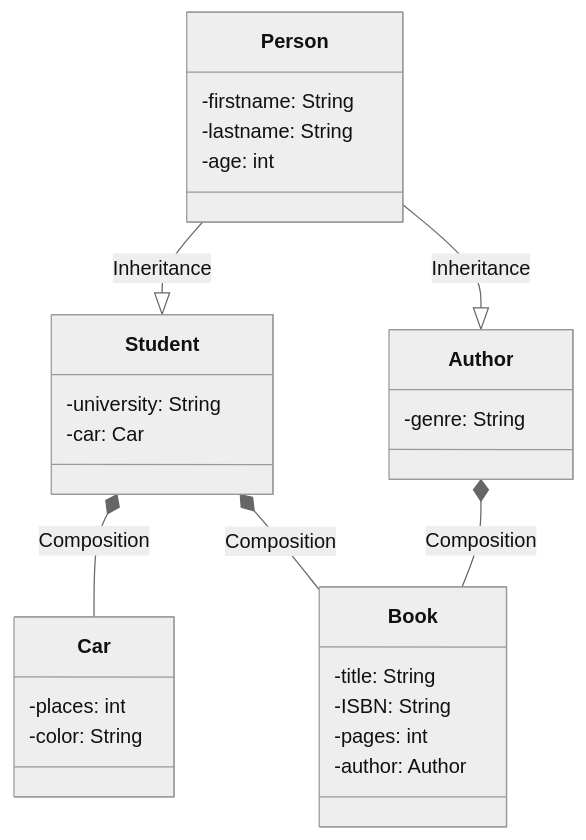
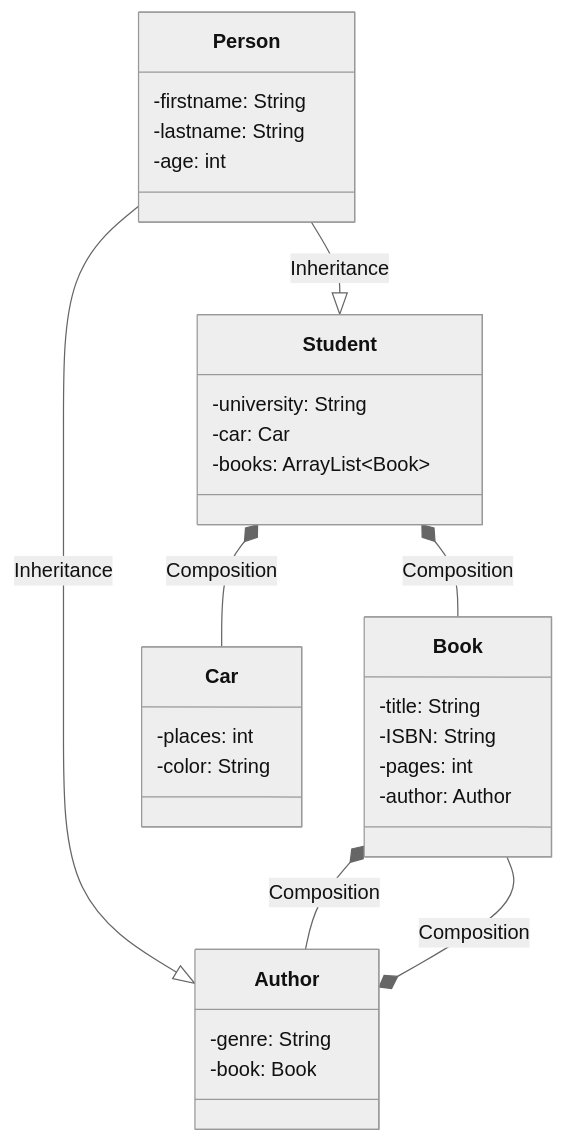
One commit to daviddevops96/wiki changed the third of 3 diagrams in javase/selab0-1.qmd. Above: the diagram before and after it, drawn with Mermaid (neutral theme). The commit also changed other lines of this file and 7 other files, not shown here.

````diff
--- a/javase/selab0-1.qmd
+++ b/javase/selab0-1.qmd
@@ -48,36 +113,39 @@
 ```{mermaid}
 classDiagram
 class Person {
   -firstname: String
   -lastname: String
   -age: int
 }
 
-class Author {
-  -genre: String
-}
-
 class Student {
   -university: String
   -car: Car
+  -books: ArrayList~Book~
+}
 
+class Author {
+  -genre: String
+  -book: Book
 }
 
 class Book {
   -title: String
   -ISBN: String
   -pages: int
   -author: Author
 }
 
 class Car {
 	 -places: int
 	 -color: String
 }
 
 Person --|> Student: Inheritance
 Person --|> Author: Inheritance
+
+Student *-- Book: Composition
+Book *-- Author: Composition
 Student *-- Car: Composition
-Student *-- Book: Composition
 Author *-- Book: Composition
 ```
````
